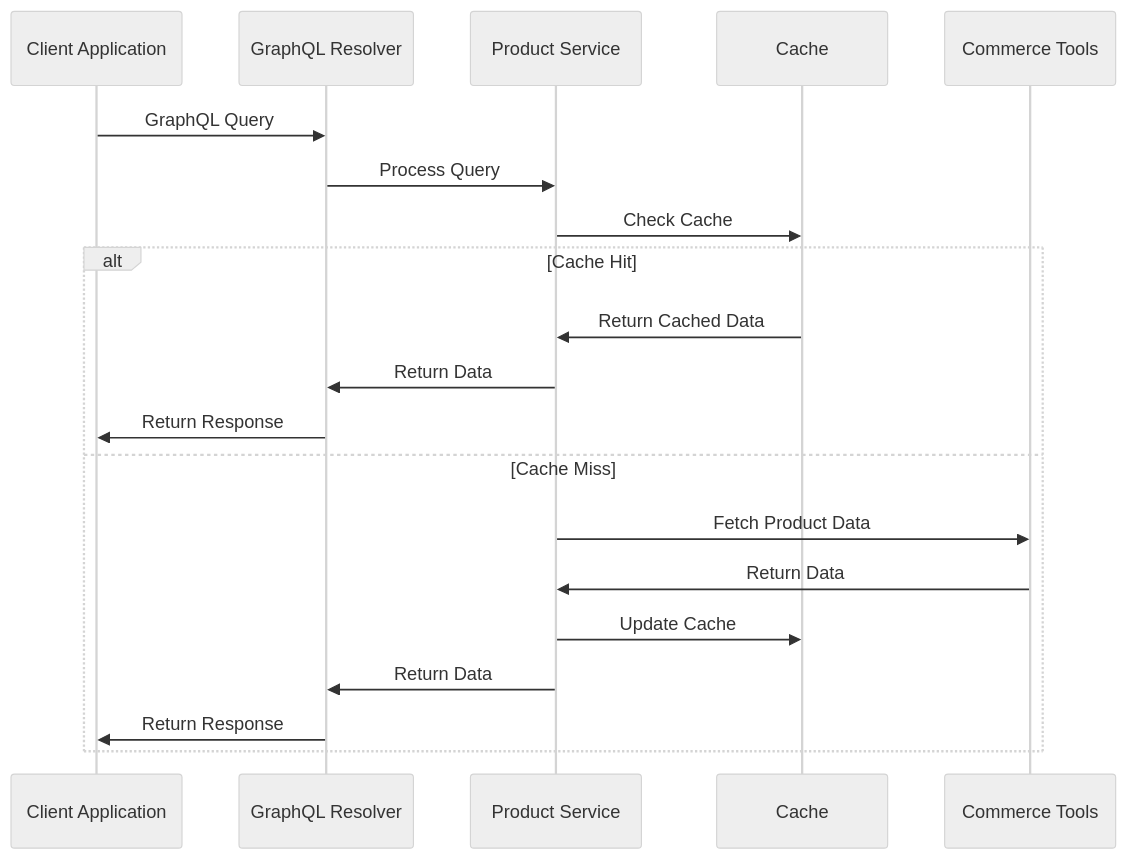
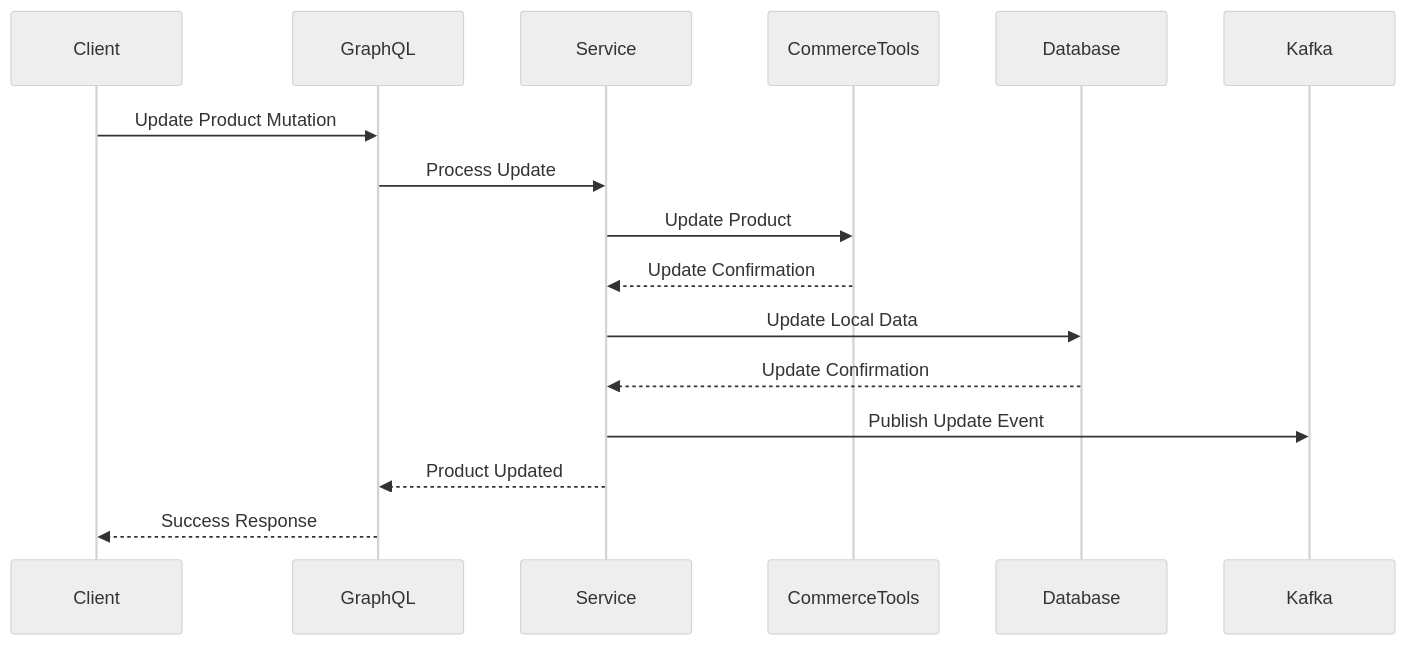
One commit to aahmadseph/SST-Phase-2 changed the fifth of 12 diagrams in generated-docs/omni-product-service-architecture.md. Above: the diagram before and after it, drawn with Mermaid (neutral theme). The commit also changed other lines of this file and 13 other files, not shown here.

````diff
--- a/generated-docs/omni-product-service-architecture.md
+++ b/generated-docs/omni-product-service-architecture.md
@@ -819,24 +275,19 @@
 ```mermaid
 sequenceDiagram
-    participant Client as Client Application
-    participant GraphQL as GraphQL Resolver
-    participant Service as Product Service
-    participant Cache as Cache
-    participant Commerce as Commerce Tools
+    participant Client
+    participant GraphQL
+    participant Service
+    participant CommerceTools
+    participant Database
+    participant Kafka
     
-    Client->>GraphQL: GraphQL Query
-    GraphQL->>Service: Process Query
-    Service->>Cache: Check Cache
-    
-    alt Cache Hit
-        Cache->>Service: Return Cached Data
-        Service->>GraphQL: Return Data
-        GraphQL->>Client: Return Response
-    else Cache Miss
-        Service->>Commerce: Fetch Product Data
-        Commerce->>Service: Return Data
-        Service->>Cache: Update Cache
-        Service->>GraphQL: Return Data
-        GraphQL->>Client: Return Response
-    end
+    Client->>GraphQL: Update Product Mutation
+    GraphQL->>Service: Process Update
+    Service->>CommerceTools: Update Product
+    CommerceTools-->>Service: Update Confirmation
+    Service->>Database: Update Local Data
+    Database-->>Service: Update Confirmation
+    Service->>Kafka: Publish Update Event
+    Service-->>GraphQL: Product Updated
+    GraphQL-->>Client: Success Response
 ```
````
